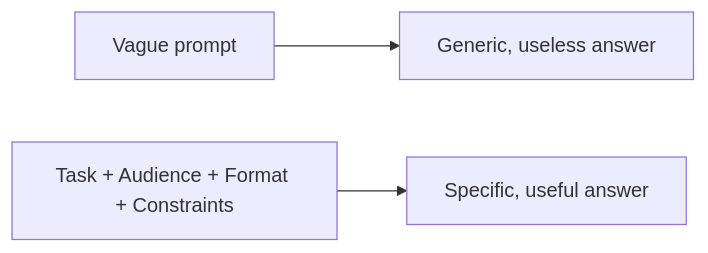
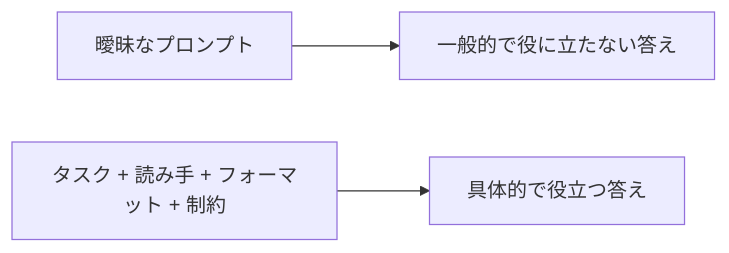
One commit to KakkoiDev/izumo-io changed the diagram in content/ai/a03.ja.md. Above: the diagram before and after it, drawn with Mermaid. The commit also changed 47 other files, not shown here.

First line of the commit message:
Translate mermaid diagram labels to JA + PT in AI lessons

````diff
--- a/content/ai/a03.ja.md
+++ b/content/ai/a03.ja.md
@@ -30,5 +30,5 @@
 ```mermaid
 flowchart LR
-    V[Vague prompt] --> G[Generic, useless answer]
-    S[Task + Audience + Format + Constraints] --> U[Specific, useful answer]
+    V[曖昧なプロンプト] --> G[一般的で役に立たない答え]
+    S[タスク + 読み手 + フォーマット + 制約] --> U[具体的で役立つ答え]
 ```
````
